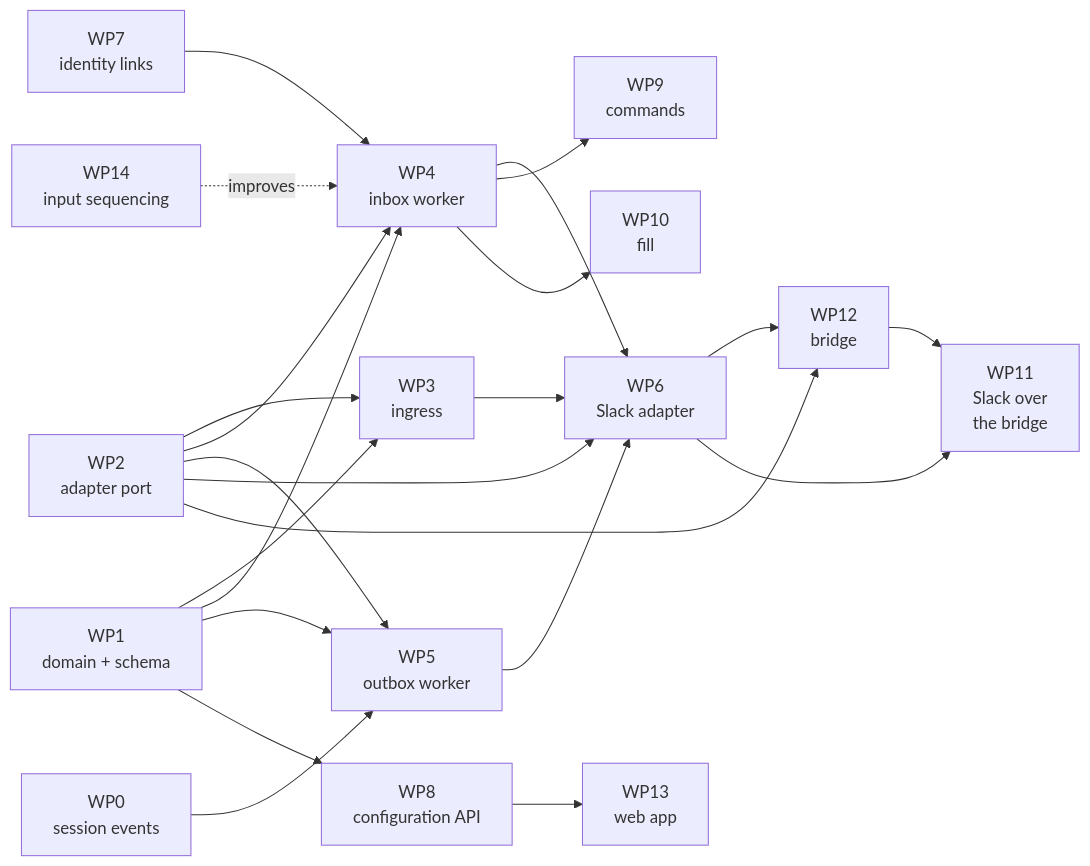
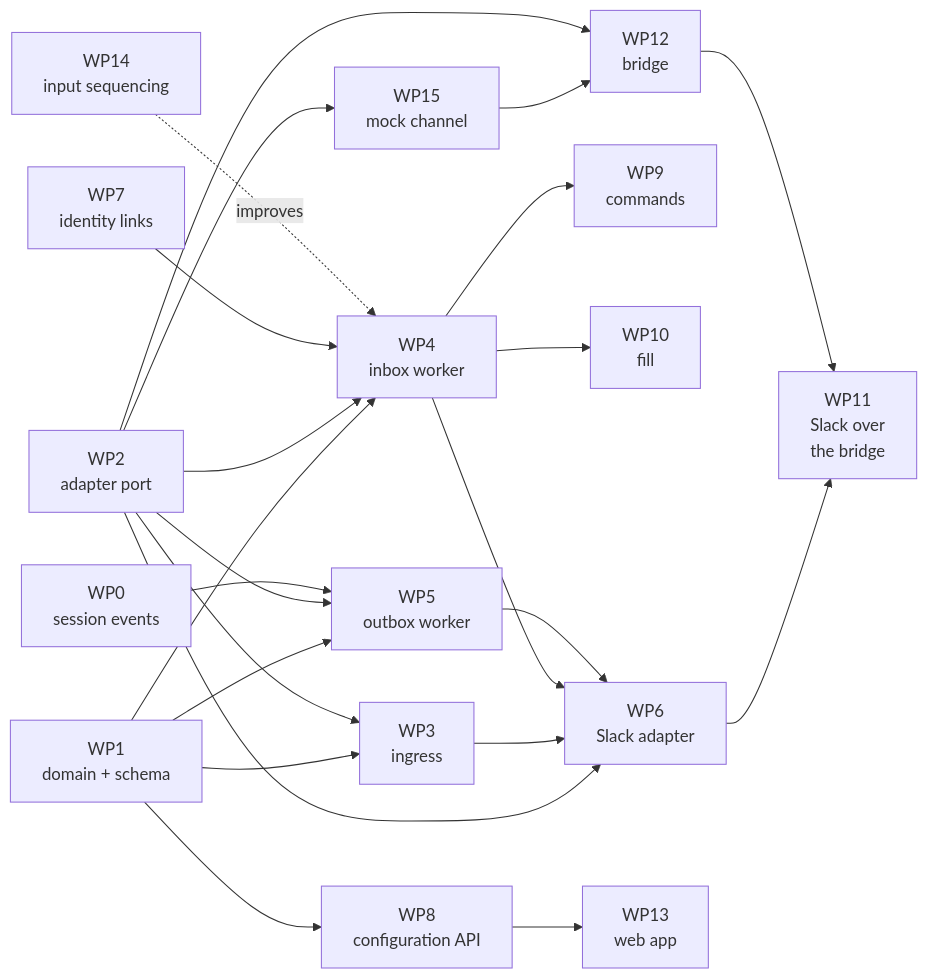
The diagram in docs/design/channels-research/v2/plan.md (Agenta-AI/agenta), drawn with Mermaid before and after one commit. The commit also changed other lines of this file, not shown here.

First line of the commit message:
docs(channels): wire WP15 into the dependency graph and checkpoints

````diff
--- a/docs/design/channels-research/v2/plan.md
+++ b/docs/design/channels-research/v2/plan.md
@@ -18,40 +18,42 @@
 ```mermaid
 flowchart LR
     WP0["WP0<br/>session events"]
     WP1["WP1<br/>domain + schema"]
     WP2["WP2<br/>adapter port"]
     WP3["WP3<br/>ingress"]
     WP4["WP4<br/>inbox worker"]
     WP5["WP5<br/>outbox worker"]
     WP6["WP6<br/>Slack adapter"]
     WP7["WP7<br/>identity links"]
     WP8["WP8<br/>configuration API"]
     WP9["WP9<br/>commands"]
     WP10["WP10<br/>fill"]
     WP11["WP11<br/>Slack over<br/>the bridge"]
     WP12["WP12<br/>bridge"]
     WP13["WP13<br/>web app"]
     WP14["WP14<br/>input sequencing"]
+    WP15["WP15<br/>mock channel"]
 
     WP1 --> WP3
     WP1 --> WP4
     WP1 --> WP5
     WP2 --> WP3
     WP2 --> WP4
     WP2 --> WP5
     WP2 --> WP6
     WP0 --> WP5
     WP3 --> WP6
     WP4 --> WP6
     WP5 --> WP6
     WP7 --> WP4
     WP1 --> WP8
     WP4 --> WP9
     WP4 --> WP10
+    WP2 --> WP15
+    WP15 --> WP12
     WP2 --> WP12
-    WP6 --> WP12
+    WP6 --> WP11
     WP12 --> WP11
-    WP6 --> WP11
     WP8 --> WP13
     WP14 -.->|improves| WP4
 ```
````
